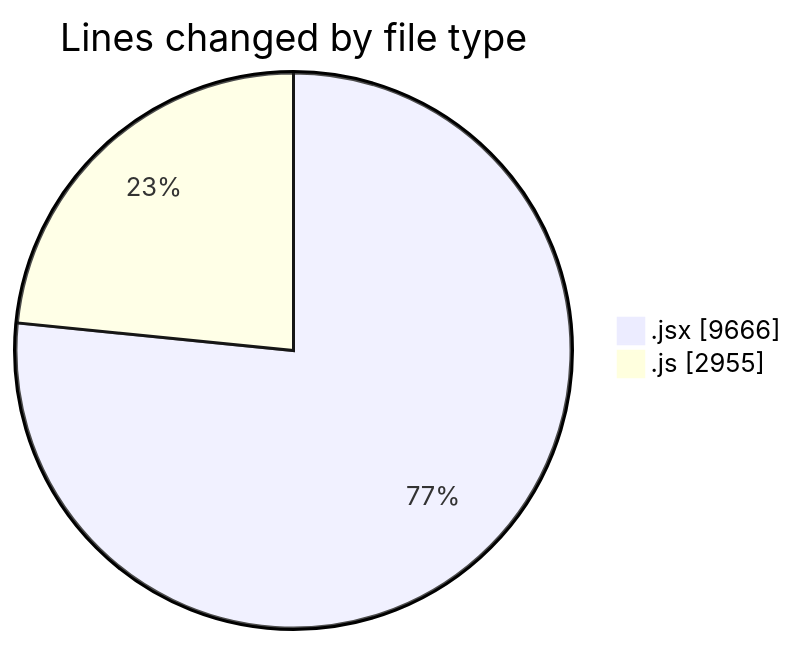
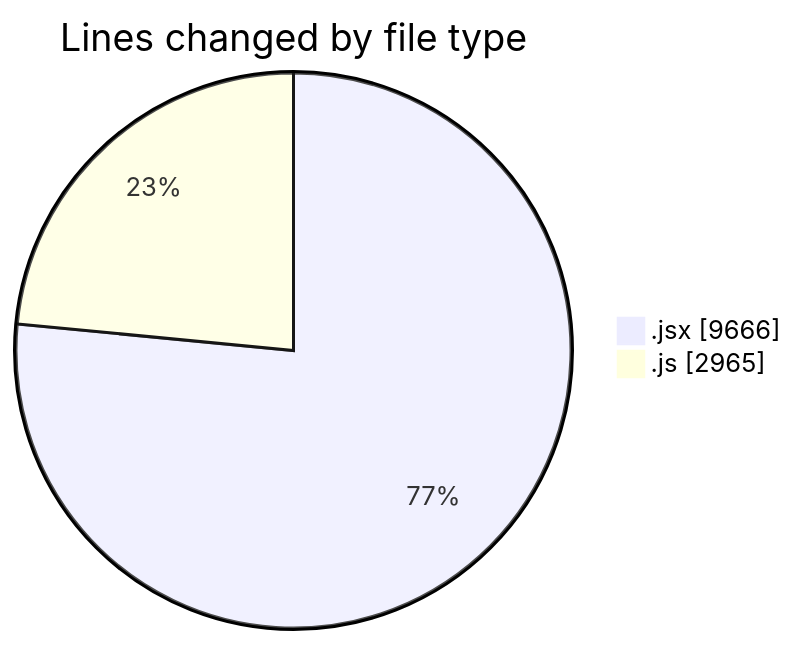
One commit to nxtqubesakshisongat/code-tracking changed the first of 2 diagrams in 2025-12-11/nxtqube_webapp/README.md. Above: the diagram before and after it, drawn with Mermaid. The commit also changed other lines of this file and 1 other file, not shown here.

````diff
--- a/2025-12-11/nxtqube_webapp/README.md
+++ b/2025-12-11/nxtqube_webapp/README.md
@@ -34,6 +34,6 @@
 ```mermaid
 pie showData
 title Lines changed by file type
 ".jsx" : 9666
-".js" : 2955
+".js" : 2965
 ```
````
